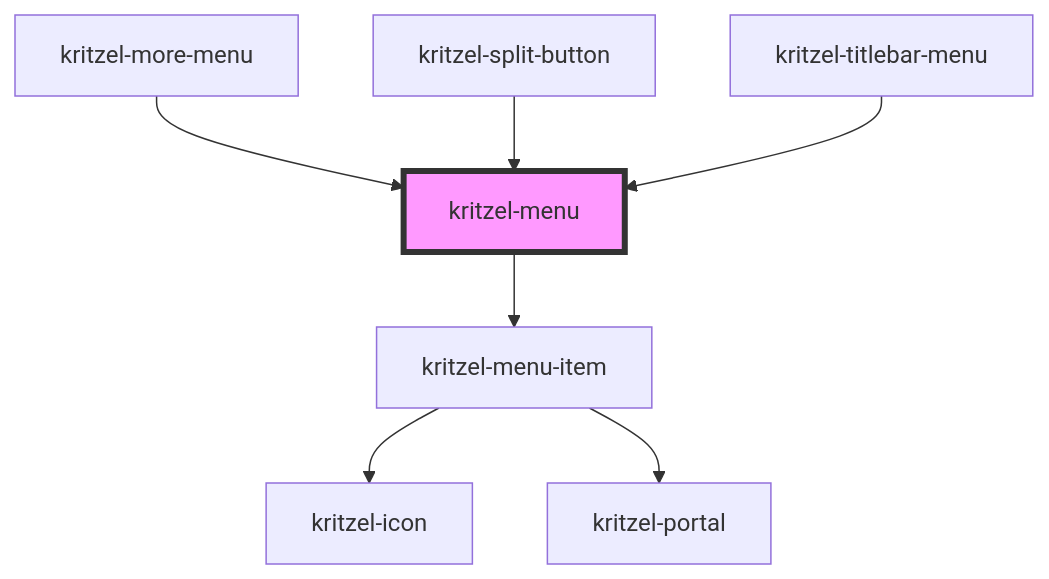
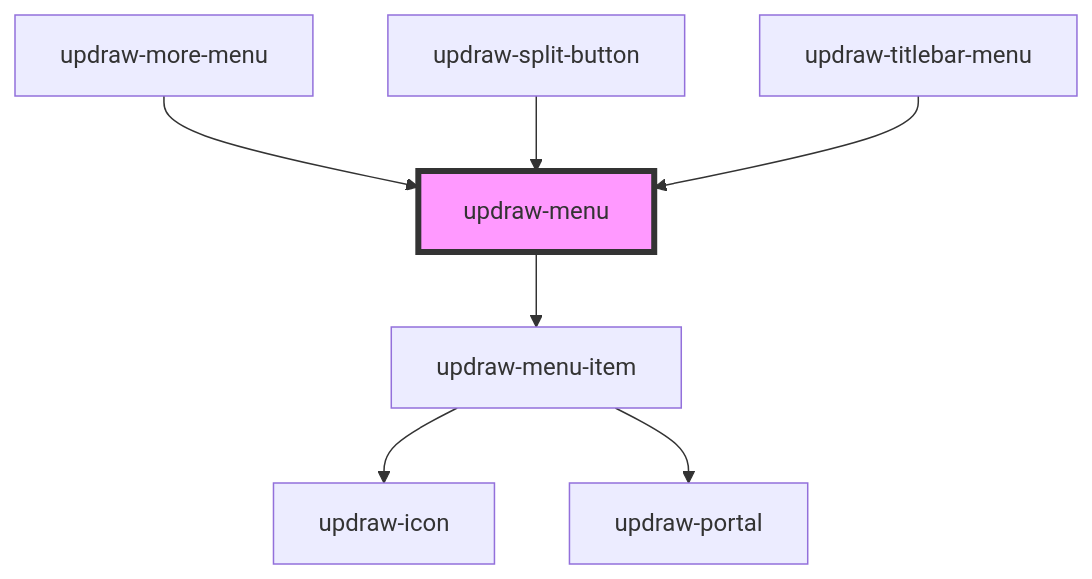
Before and after one commit to kasual1/kritzel: the diagram in libs/editor/core/src/components/updraw-menu/readme.md, drawn with Mermaid. The commit also changed other lines of this file and 1129 other files, not shown here.

First line of the commit message:
Replace kritzel with updraw across the codebase

````diff
--- a/libs/editor/core/src/components/updraw-menu/readme.md
+++ b/libs/editor/core/src/components/updraw-menu/readme.md
@@ -70,10 +70,10 @@
 ```mermaid
 graph TD;
-  kritzel-menu --> kritzel-menu-item
-  kritzel-menu-item --> kritzel-icon
-  kritzel-menu-item --> kritzel-portal
-  kritzel-more-menu --> kritzel-menu
-  kritzel-split-button --> kritzel-menu
-  kritzel-titlebar-menu --> kritzel-menu
-  style kritzel-menu fill:#f9f,stroke:#333,stroke-width:4px
+  updraw-menu --> updraw-menu-item
+  updraw-menu-item --> updraw-icon
+  updraw-menu-item --> updraw-portal
+  updraw-more-menu --> updraw-menu
+  updraw-split-button --> updraw-menu
+  updraw-titlebar-menu --> updraw-menu
+  style updraw-menu fill:#f9f,stroke:#333,stroke-width:4px
 ```
````
